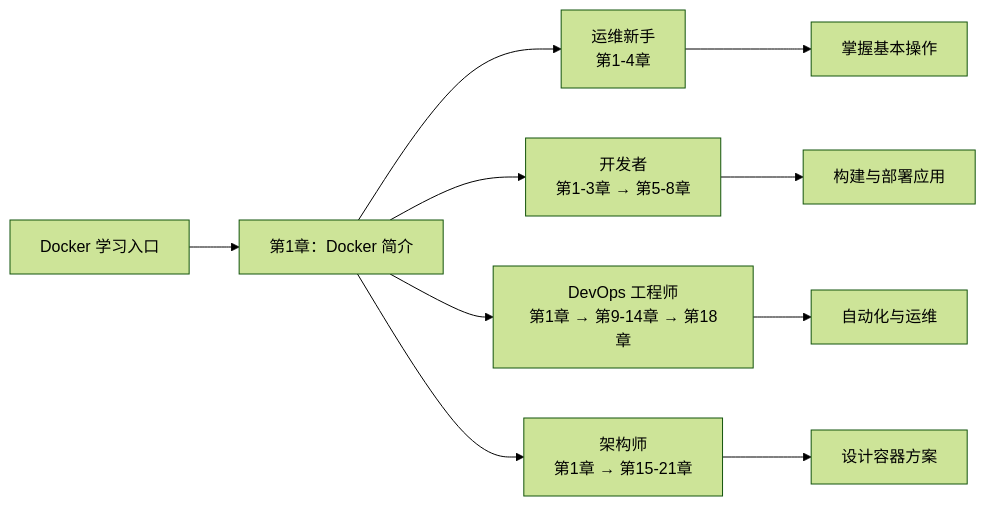
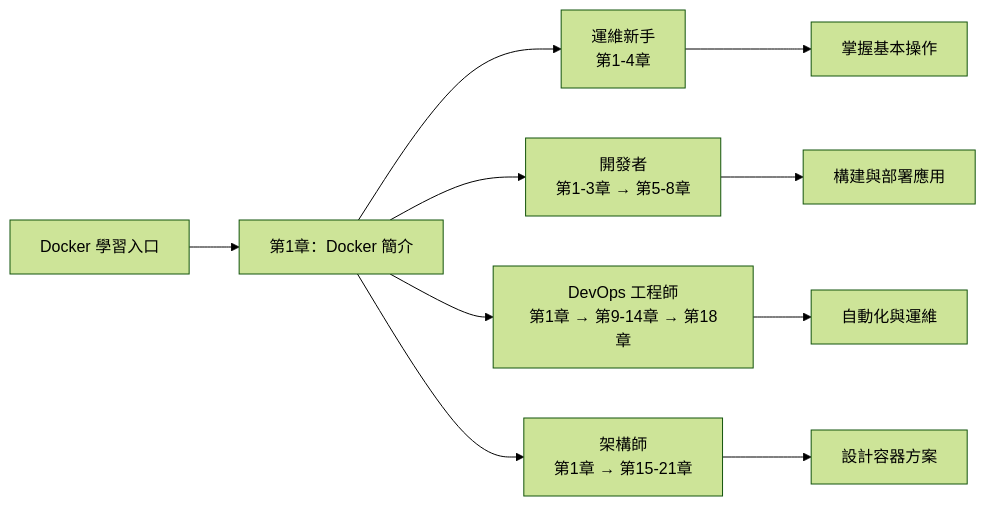
The diagram in README.md (alexkuoecity/docker-practice-master-zh-tw), drawn with Mermaid (forest theme) before and after one commit. The commit also changed other lines of this file and 200 other files, not shown here.

````diff
--- a/README.md
+++ b/README.md
@@ -47,14 +47,14 @@
 ```mermaid
 graph LR
-    Start[Docker 学习入口] --> Ch1[第1章：Docker 简介]
+    Start[Docker 學習入口] --> Ch1[第1章：Docker 簡介]
 
-    Ch1 --> Role1["运维新手<br/>第1-4章"]
-    Ch1 --> Role2["开发者<br/>第1-3章 → 第5-8章"]
-    Ch1 --> Role3["DevOps 工程师<br/>第1章 → 第9-14章 → 第18章"]
-    Ch1 --> Role4["架构师<br/>第1章 → 第15-21章"]
+    Ch1 --> Role1["運維新手<br/>第1-4章"]
+    Ch1 --> Role2["開發者<br/>第1-3章 → 第5-8章"]
+    Ch1 --> Role3["DevOps 工程師<br/>第1章 → 第9-14章 → 第18章"]
+    Ch1 --> Role4["架構師<br/>第1章 → 第15-21章"]
 
     Role1 --> End1["掌握基本操作"]
-    Role2 --> End2["构建与部署应用"]
-    Role3 --> End3["自动化与运维"]
-    Role4 --> End4["设计容器方案"]
+    Role2 --> End2["構建與部署應用"]
+    Role3 --> End3["自動化與運維"]
+    Role4 --> End4["設計容器方案"]
 ```
````
